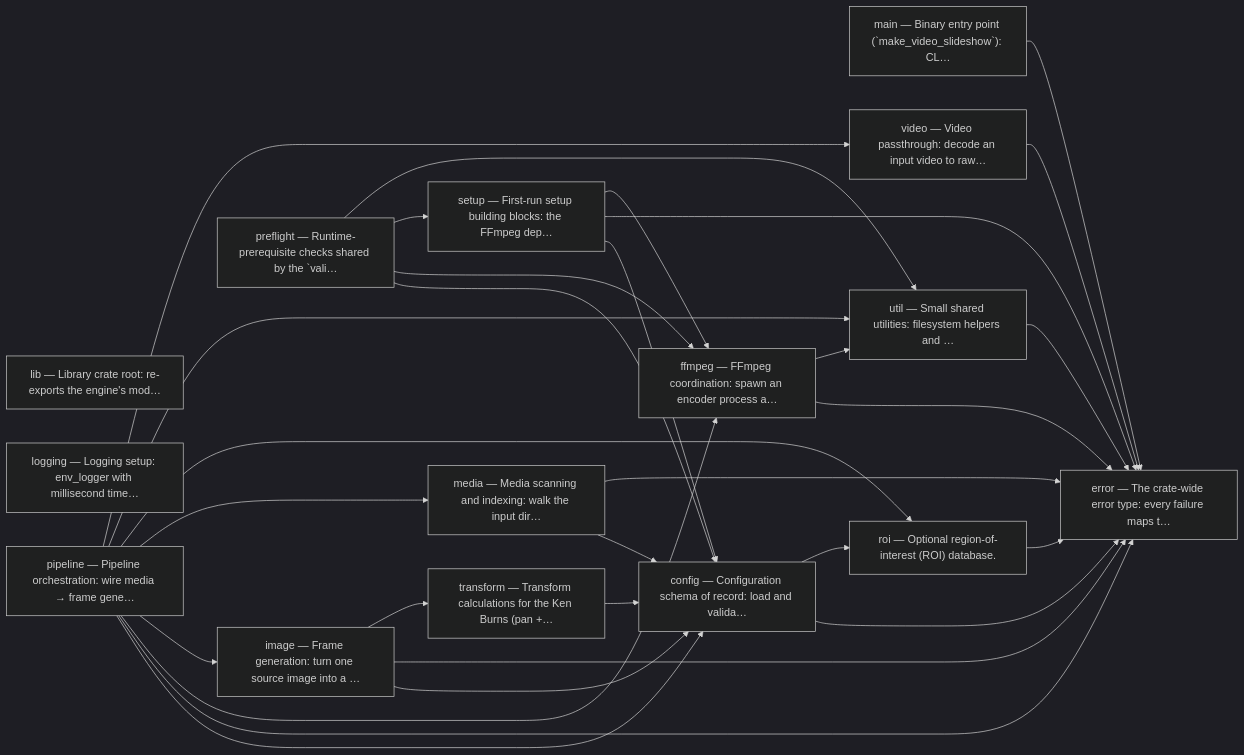
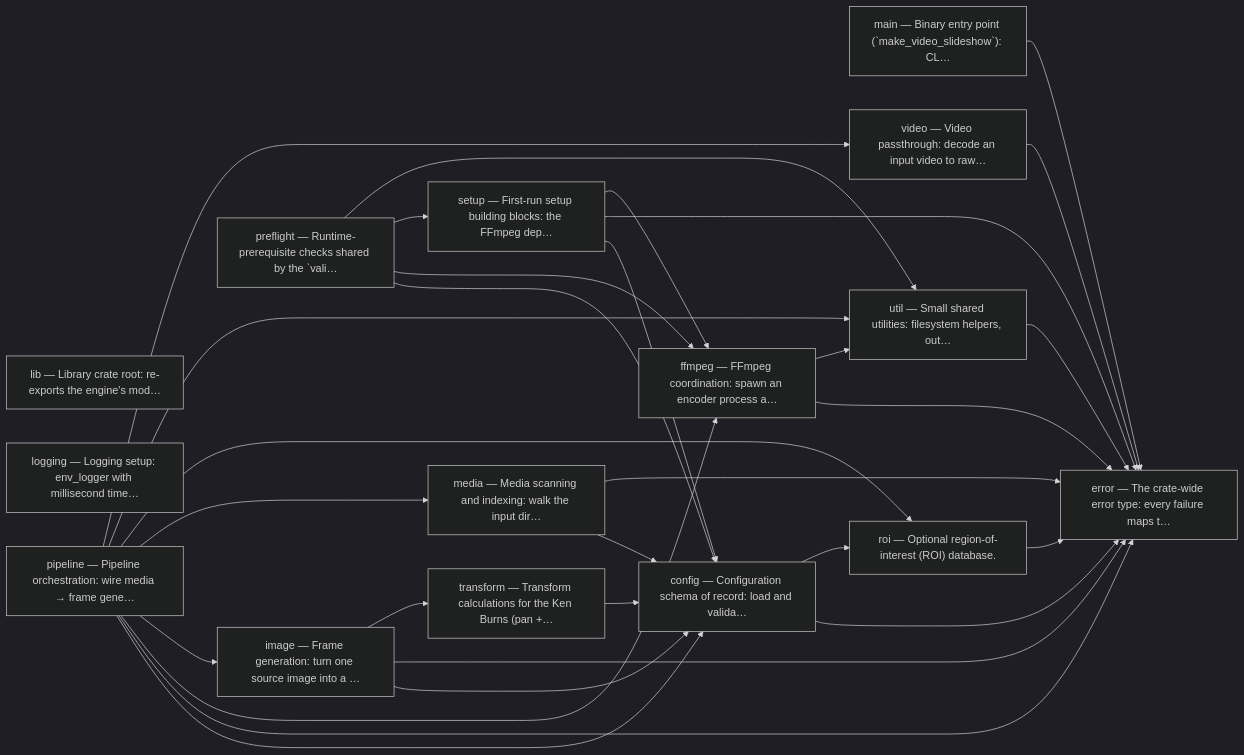
The sixth of 6 diagrams in docs/architecture.md (AuroLeap/Pictures2VideoSlideShow), drawn with Mermaid (dark theme) before and after one commit. The commit also changed other lines of this file and 11 other files, not shown here.

````diff
--- a/docs/architecture.md
+++ b/docs/architecture.md
@@ -162,47 +162,47 @@
 ```mermaid
 graph LR
     m_config["config — Configuration schema of record: load and valida…"]
     m_error["error — The crate-wide error type: every failure maps t…"]
     m_ffmpeg["ffmpeg — FFmpeg coordination: spawn an encoder process a…"]
     m_image["image — Frame generation: turn one source image into a …"]
     m_lib["lib — Library crate root: re-exports the engine's mod…"]
     m_logging["logging — Logging setup: env_logger with millisecond time…"]
     m_main["main — Binary entry point (`make_video_slideshow`): CL…"]
     m_media["media — Media scanning and indexing: walk the input dir…"]
     m_pipeline["pipeline — Pipeline orchestration: wire media → frame gene…"]
     m_preflight["preflight — Runtime-prerequisite checks shared by the `vali…"]
     m_roi["roi — Optional region-of-interest (ROI) database."]
     m_setup["setup — First-run setup building blocks: the FFmpeg dep…"]
     m_transform["transform — Transform calculations for the Ken Burns (pan +…"]
-    m_util["util — Small shared utilities: filesystem helpers and …"]
+    m_util["util — Small shared utilities: filesystem helpers, out…"]
     m_video["video — Video passthrough: decode an input video to raw…"]
     m_config --> m_error
     m_config --> m_roi
     m_ffmpeg --> m_error
     m_ffmpeg --> m_util
     m_image --> m_config
     m_image --> m_error
     m_image --> m_transform
     m_main --> m_error
     m_media --> m_config
     m_media --> m_error
     m_pipeline --> m_config
     m_pipeline --> m_error
     m_pipeline --> m_ffmpeg
     m_pipeline --> m_image
     m_pipeline --> m_media
     m_pipeline --> m_roi
     m_pipeline --> m_util
     m_pipeline --> m_video
     m_preflight --> m_config
     m_preflight --> m_ffmpeg
     m_preflight --> m_setup
     m_preflight --> m_util
     m_roi --> m_error
     m_setup --> m_config
     m_setup --> m_error
     m_setup --> m_ffmpeg
     m_transform --> m_config
     m_util --> m_error
     m_video --> m_error
 ```
````
